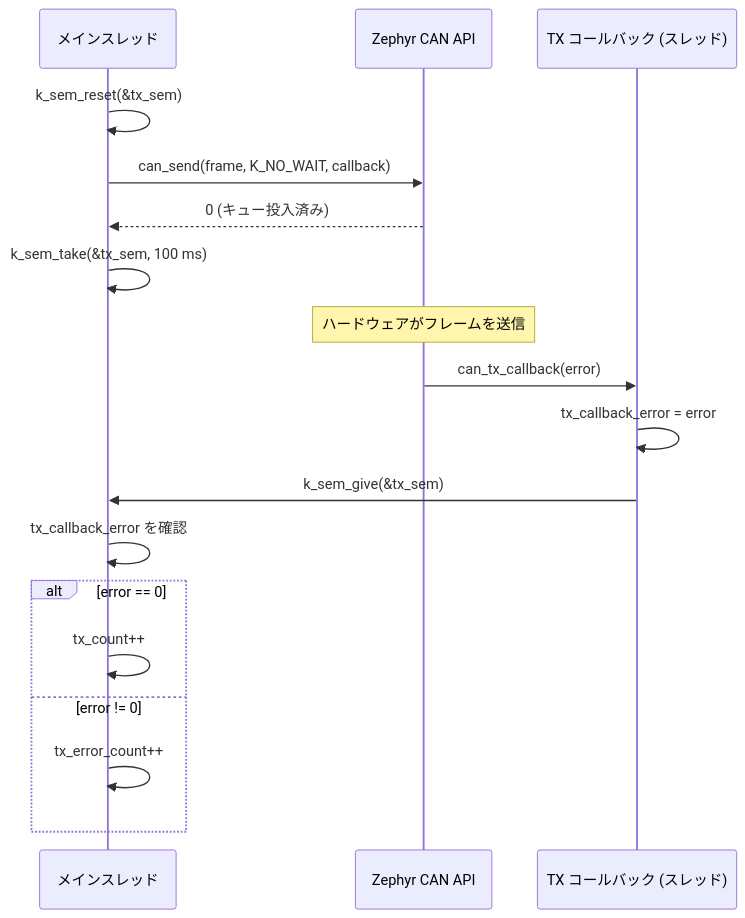
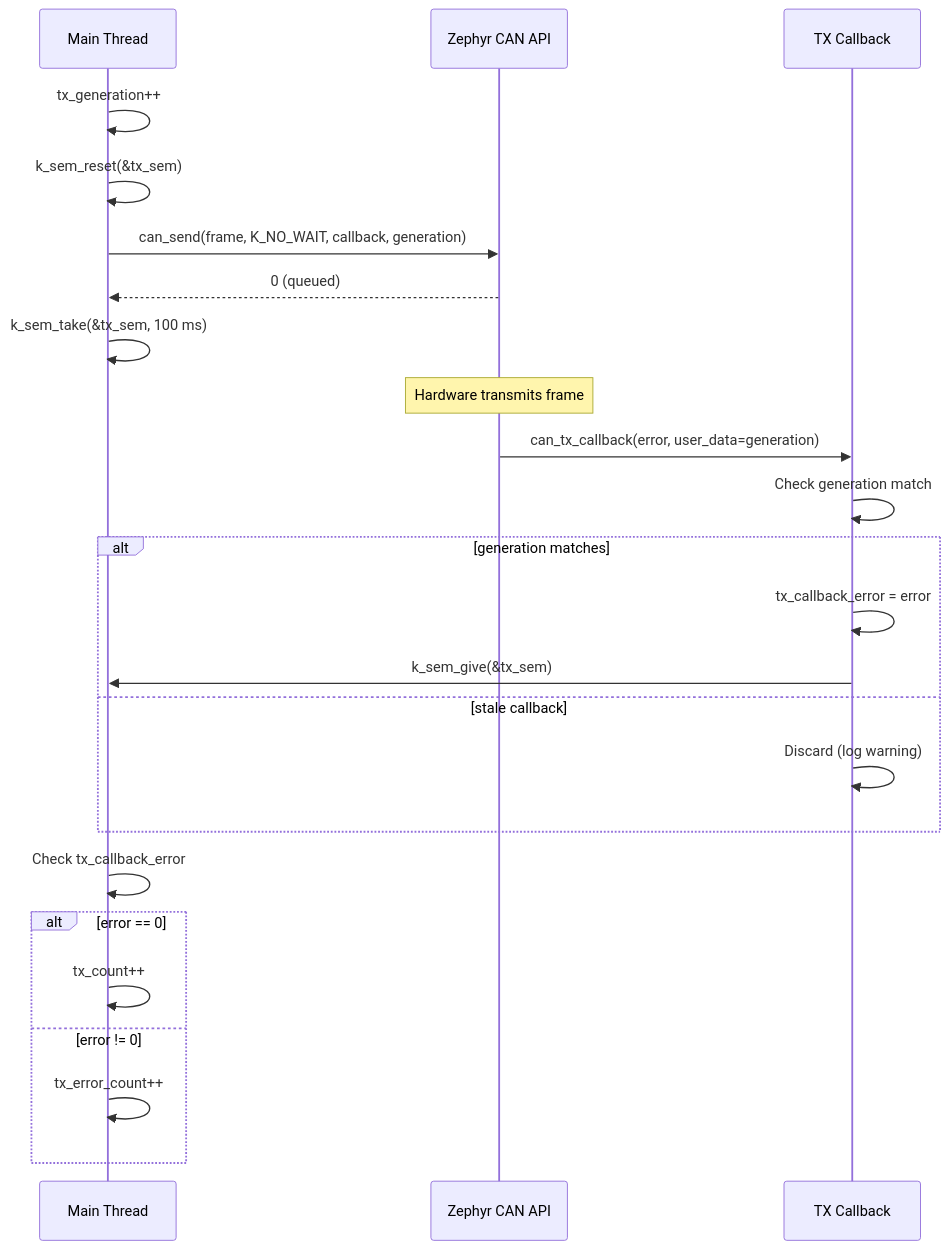
One commit to uist1idrju3i/study-ZephyrCAN changed the fifth of 5 diagrams in README.ja.md. Above: the diagram before and after it, drawn with Mermaid. The commit also changed other lines of this file and 3 other files, not shown here.

First line of the commit message:
Update documentation: Mermaid diagrams, tx_generation flow, troubleshooting, Kconfig notes

````diff
--- a/README.ja.md
+++ b/README.ja.md
@@ -133,24 +155,30 @@
 ```mermaid
 sequenceDiagram
-    participant Main as メインスレッド
+    participant Main as Main Thread
     participant API as Zephyr CAN API
-    participant CB as TX コールバック (スレッド)
+    participant CB as TX Callback
 
+    Main->>Main: tx_generation++
     Main->>Main: k_sem_reset(&tx_sem)
-    Main->>API: can_send(frame, K_NO_WAIT, callback)
-    API-->>Main: 0 (キュー投入済み)
+    Main->>API: can_send(frame, K_NO_WAIT, callback, generation)
+    API-->>Main: 0 (queued)
     Main->>Main: k_sem_take(&tx_sem, 100 ms)
 
-    Note over API: ハードウェアがフレームを送信
+    Note over API: Hardware transmits frame
 
-    API->>CB: can_tx_callback(error)
-    CB->>CB: tx_callback_error = error
-    CB->>Main: k_sem_give(&tx_sem)
+    API->>CB: can_tx_callback(error, user_data=generation)
+    CB->>CB: Check generation match
+    alt generation matches
+        CB->>CB: tx_callback_error = error
+        CB->>Main: k_sem_give(&tx_sem)
+    else stale callback
+        CB->>CB: Discard (log warning)
+    end
 
-    Main->>Main: tx_callback_error を確認
+    Main->>Main: Check tx_callback_error
     alt error == 0
         Main->>Main: tx_count++
     else error != 0
         Main->>Main: tx_error_count++
     end
 ```
````
